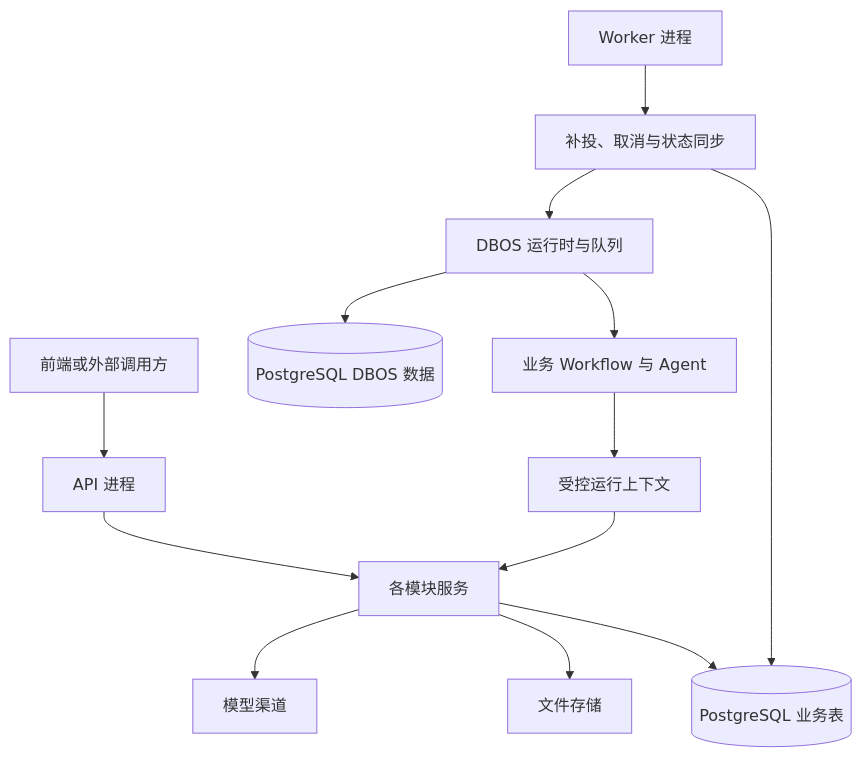
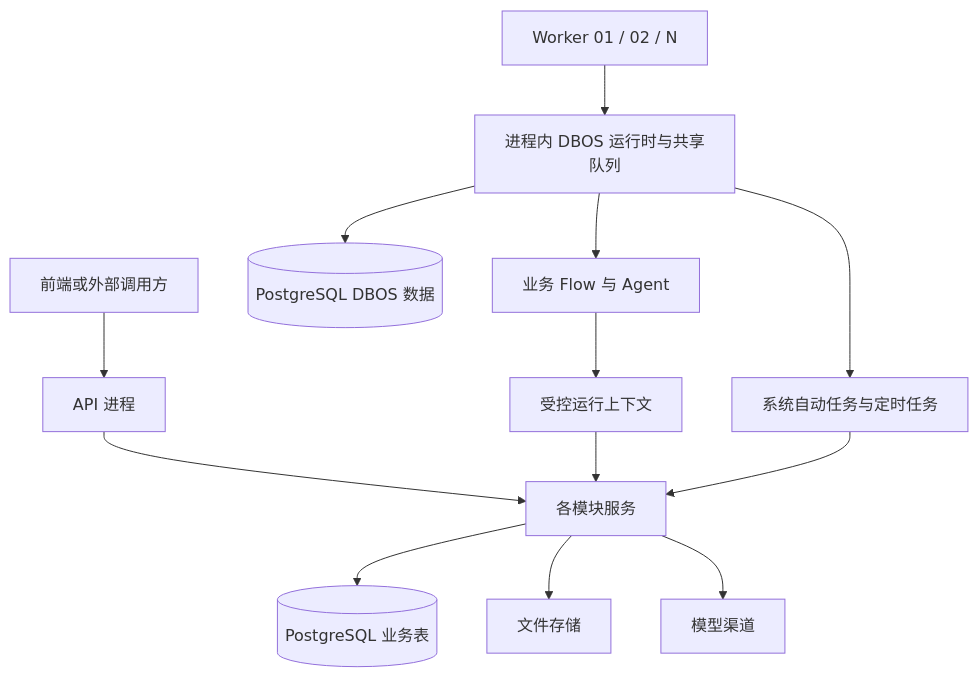
One commit to pfjhyyj/keystone changed the first of 2 diagrams in docs/architecture.md. Above: the diagram before and after it, drawn with Mermaid. The commit also changed other lines of this file and 104 other files, not shown here.

````diff
--- a/docs/architecture.md
+++ b/docs/architecture.md
@@ -11,15 +17,15 @@
 ```mermaid
 flowchart TD
     Client[前端或外部调用方] --> API[API 进程]
     API --> Services[各模块服务]
     Services --> Data[(PostgreSQL 业务表)]
-    Worker[Worker 进程] --> Reconcile[补投、取消与状态同步]
-    Reconcile --> Data
-    Reconcile --> DBOS[DBOS 运行时与队列]
-    DBOS --> Workflow[业务 Workflow 与 Agent]
+    Workers[Worker 01 / 02 / N] --> DBOS[进程内 DBOS 运行时与共享队列]
     DBOS --> History[(PostgreSQL DBOS 数据)]
+    DBOS --> Workflow[业务 Flow 与 Agent]
+    DBOS --> Jobs[系统自动任务与定时任务]
     Workflow --> Context[受控运行上下文]
     Context --> Services
+    Jobs --> Services
     Services --> Storage[文件存储]
     Services --> Provider[模型渠道]
 ```
````
